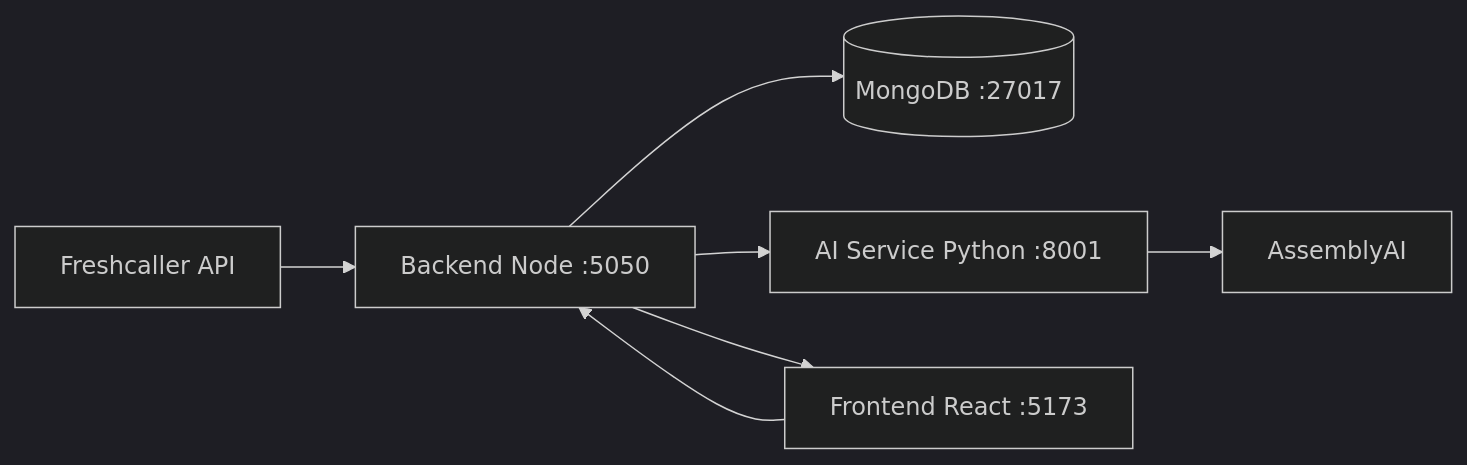
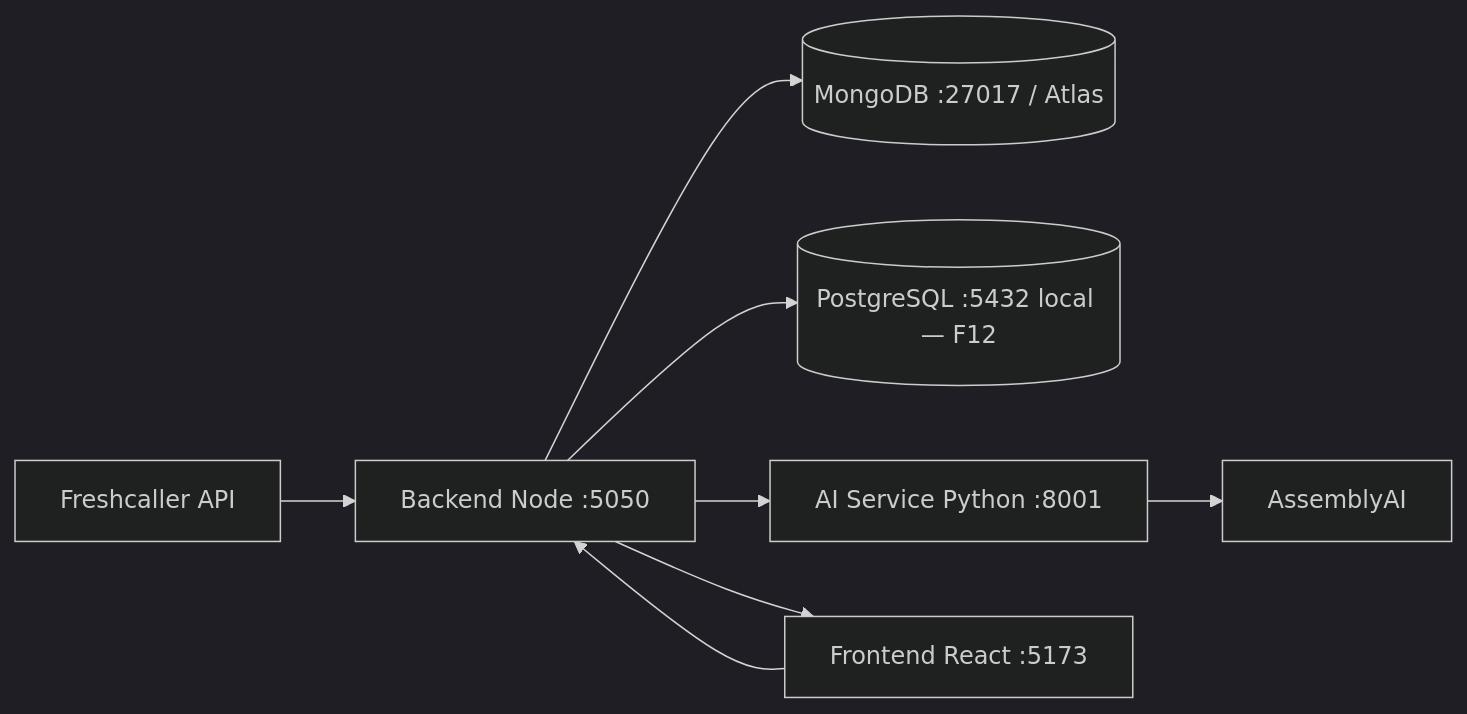
Before and after one commit to iqbaldevdf/voice-analysis: the diagram in docs/specs/02-architecture.md, drawn with Mermaid (dark theme). The commit also changed other lines of this file and 40 other files, not shown here.

````diff
--- a/docs/specs/02-architecture.md
+++ b/docs/specs/02-architecture.md
@@ -5,9 +5,10 @@
 ```mermaid
 flowchart LR
   FC[Freshcaller API] --> BE[Backend Node :5050]
-  BE --> M[(MongoDB :27017)]
+  BE --> M[(MongoDB :27017 / Atlas)]
+  BE --> PG[(PostgreSQL :5432 local — F12)]
   BE --> AI[AI Service Python :8001]
   AI --> AAI[AssemblyAI]
   BE --> FE[Frontend React :5173]
   FE --> BE
 ```
````
